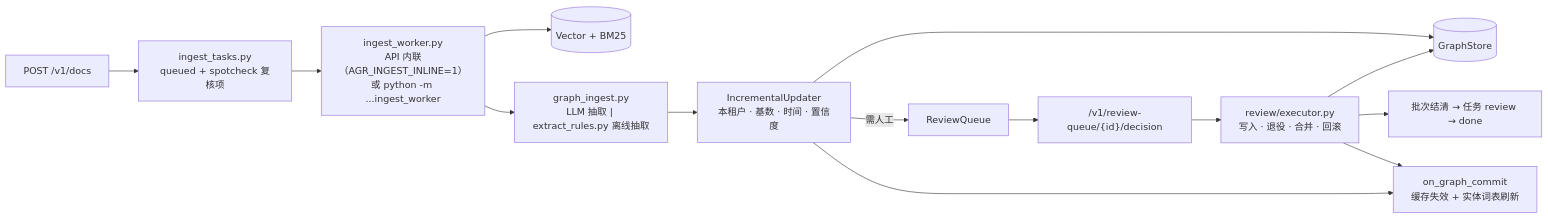
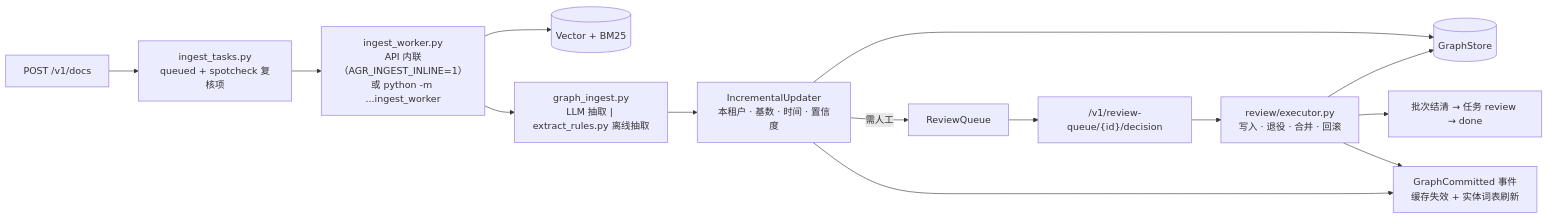
Before and after one commit to RightCloudhub/AG: the tenth of 17 diagrams in docs/ARCHITECTURE.md, drawn with Mermaid. The commit also changed other lines of this file and 29 other files, not shown here.

````diff
--- a/docs/ARCHITECTURE.md
+++ b/docs/ARCHITECTURE.md
@@ -256,16 +256,16 @@
 ```mermaid
 flowchart LR
     UP["POST /v1/docs"] --> TS["ingest_tasks.py<br/>queued + spotcheck 复核项"]
     TS --> WK["ingest_worker.py<br/>API 内联（AGR_INGEST_INLINE=1）<br/>或 python -m ...ingest_worker"]
     WK --> IX[("Vector + BM25")]
     WK --> GI["graph_ingest.py<br/>LLM 抽取 | extract_rules.py 离线抽取"]
     GI --> UPD["IncrementalUpdater<br/>本租户 · 基数 · 时间 · 置信度"]
     UPD --> GS[("GraphStore")]
     UPD -->|"需人工"| RQ["ReviewQueue"]
     RQ --> DEC["/v1/review-queue/{id}/decision"]
     DEC --> EXE["review/executor.py<br/>写入 · 退役 · 合并 · 回滚"]
     EXE --> GS
     EXE --> DONE["批次结清 → 任务 review → done"]
-    UPD --> CM["on_graph_commit<br/>缓存失效 + 实体词表刷新"]
+    UPD --> CM["GraphCommitted 事件<br/>缓存失效 + 实体词表刷新"]
     EXE --> CM
 ```
````
